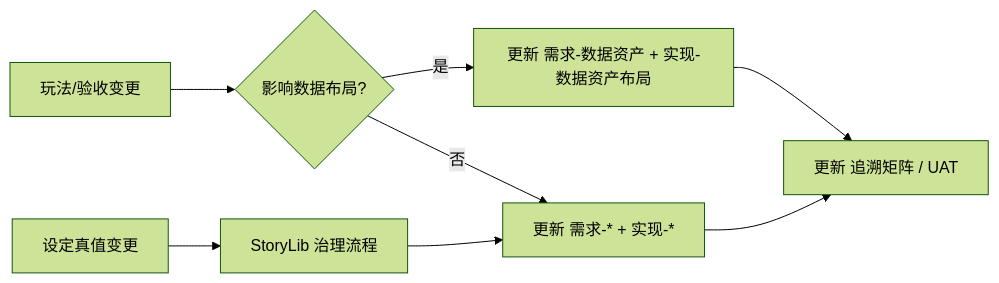
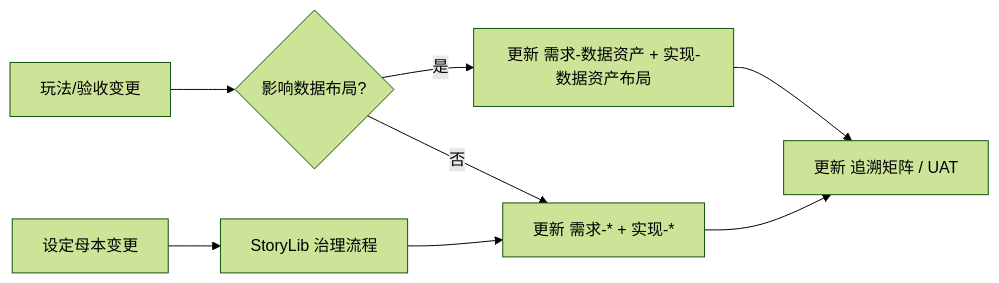
One commit to Estrella6066773/Shenrenshibu changed the diagram in Docs/程序设计/00-规范/文档维护与版本策略.md. Above: the diagram before and after it, drawn with Mermaid (forest theme). The commit also changed other lines of this file and 92 other files, not shown here.

````diff
--- a/Docs/程序设计/00-规范/文档维护与版本策略.md
+++ b/Docs/程序设计/00-规范/文档维护与版本策略.md
@@ -10,10 +10,10 @@
 ```mermaid
 flowchart LR
   A[玩法/验收变更] --> B{影响数据布局?}
   B -->|是| C[更新 需求-数据资产 + 实现-数据资产布局]
   B -->|否| D[更新 需求-* + 实现-*]
   C --> E[更新 追溯矩阵 / UAT]
   D --> E
-  F[设定真值变更] --> G[StoryLib 治理流程]
+  F[设定母本变更] --> G[StoryLib 治理流程]
   G --> D
 ```
````
